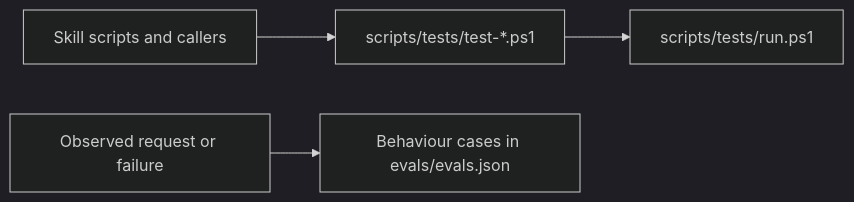
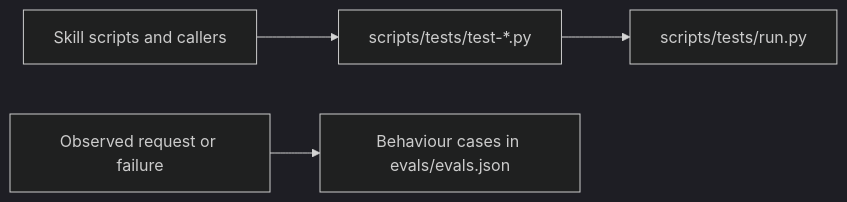
The diagram in skills/actions/an-dr-ai-skill-implement-test/README.md (an-dr/agents), drawn with Mermaid (dark theme) before and after one commit. The commit also changed other lines of this file and 426 other files, not shown here.

First line of the commit message:
refactor(tools): port skill scripts from PowerShell to Python

````diff
--- a/skills/actions/an-dr-ai-skill-implement-test/README.md
+++ b/skills/actions/an-dr-ai-skill-implement-test/README.md
@@ -11,6 +11,6 @@
 ```mermaid
 flowchart LR
-  S[Skill scripts and callers] --> T[scripts/tests/test-*.ps1]
-  T --> R[scripts/tests/run.ps1]
+  S[Skill scripts and callers] --> T[scripts/tests/test-*.py]
+  T --> R[scripts/tests/run.py]
   O[Observed request or failure] --> B[Behaviour cases in evals/evals.json]
 ```
````
